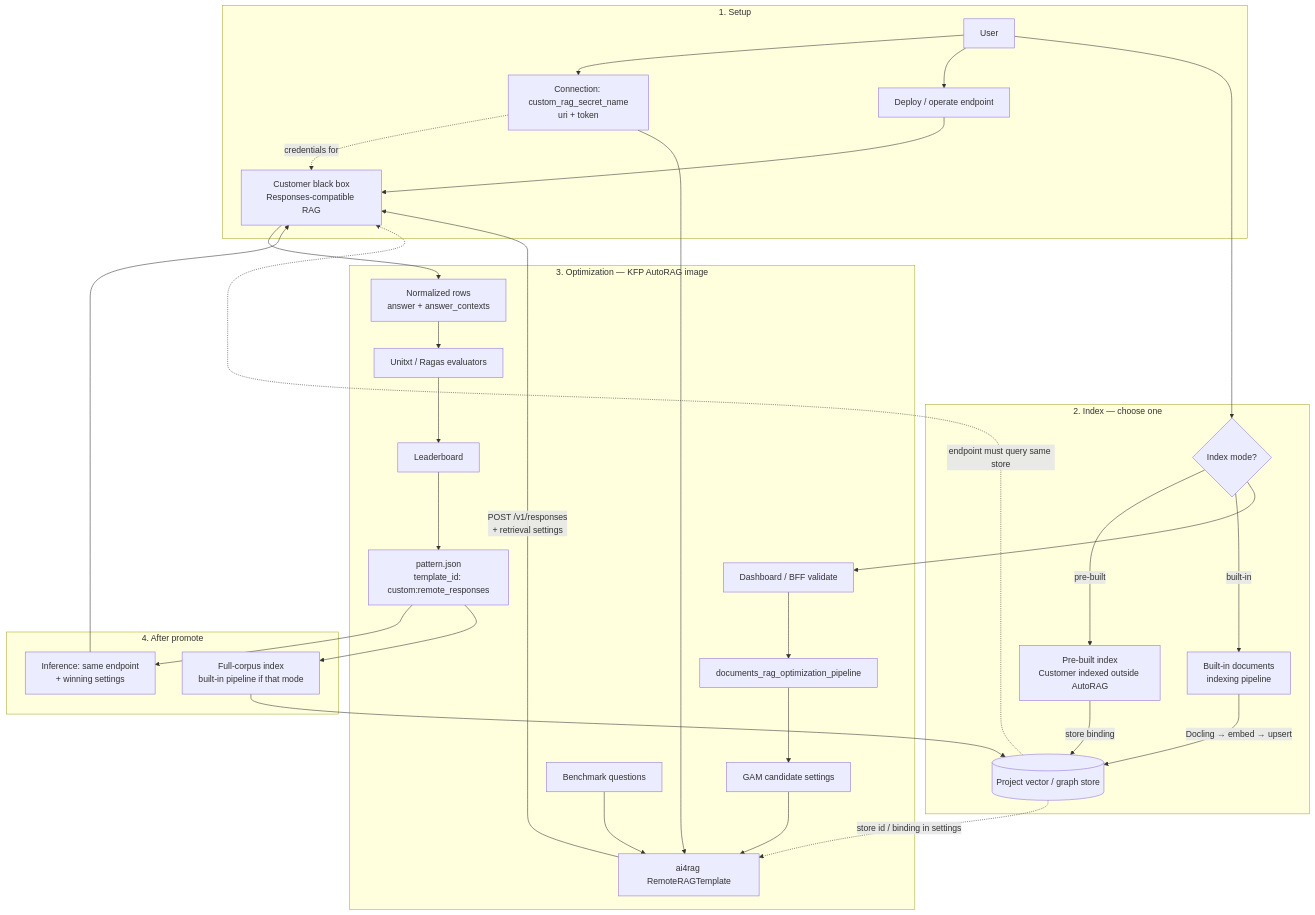
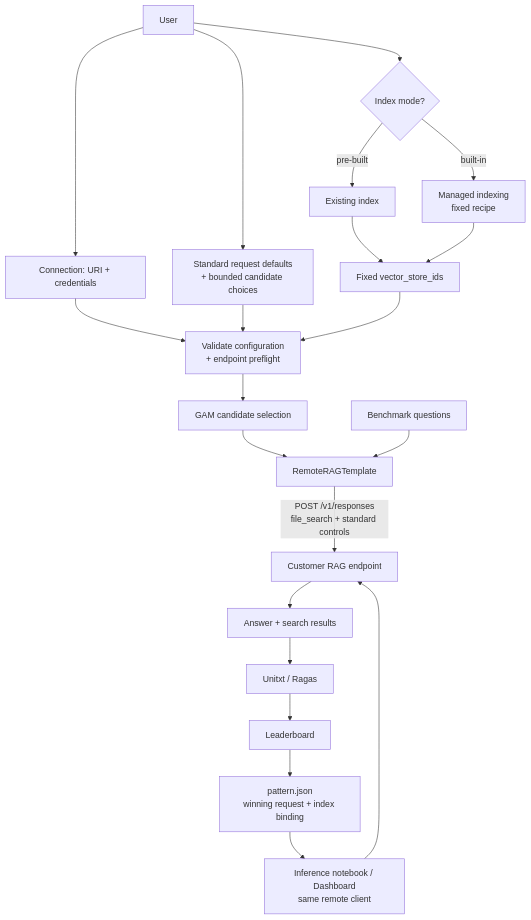
The diagram in architecture-decision-records/autorag/ODH-ADR-0007-custom-rag-templates.md (LukaszCmielowski/architecture-decision-records), drawn with Mermaid before and after one commit. The commit also changed other lines of this file, not shown here.

````diff
--- a/architecture-decision-records/autorag/ODH-ADR-0007-custom-rag-templates.md
+++ b/architecture-decision-records/autorag/ODH-ADR-0007-custom-rag-templates.md
@@ -113,61 +244,23 @@
 ```mermaid
 flowchart TB
-  subgraph setup ["1. Setup"]
-    User[User]
-    Conn["Connection: custom_rag_secret_name\nuri + token"]
-    EP["Customer black box\nResponses-compatible RAG"]
-    User --> Conn
-    Conn -.->|credentials for| EP
-    User --> Deploy[Deploy / operate endpoint]
-    Deploy --> EP
-  end
-
-  subgraph indexPick ["2. Index — choose one"]
-    Mode{Index mode?}
-    PreBuilt["Pre-built index\nCustomer indexed outside AutoRAG"]
-    BuiltIn["Built-in documents\nindexing pipeline"]
-    Store[(Project vector / graph store)]
-    Mode -->|pre-built| PreBuilt
-    Mode -->|built-in| BuiltIn
-    PreBuilt -->|store binding| Store
-    BuiltIn -->|Docling → embed → upsert| Store
-    Store -.->|endpoint must query same store| EP
-  end
-
-  User --> Mode
-
-  subgraph opt ["3. Optimization — KFP AutoRAG image"]
-    BFF[Dashboard / BFF validate]
-    Pipe[documents_rag_optimization_pipeline]
-    RT[ai4rag RemoteRAGTemplate]
-    GAM[GAM candidate settings]
-    Bench[Benchmark questions]
-    Norm["Normalized rows\nanswer + answer_contexts"]
-    Eval[Unitxt / Ragas evaluators]
-    LB[Leaderboard]
-    Pattern["pattern.json\ntemplate_id: custom:remote_responses"]
-
-    BFF --> Pipe
-    Pipe --> GAM
-    GAM --> RT
-    Bench --> RT
-    RT -->|"POST /v1/responses\n+ retrieval settings"| EP
-    EP --> Norm
-    Norm --> Eval
-    Eval --> LB
-    LB --> Pattern
-    Conn --> RT
-    Store -.->|store id / binding in settings| RT
-  end
-
-  Mode --> BFF
-
-  subgraph after ["4. After promote"]
-    Inf["Inference: same endpoint\n+ winning settings"]
-    FullIdx["Full-corpus index\nbuilt-in pipeline if that mode"]
-    Pattern --> Inf
-    Pattern --> FullIdx
-    Inf --> EP
-    FullIdx --> Store
-  end
+  User[User] --> Conn["Connection: URI + credentials"]
+  User --> Config["Standard request defaults\n+ bounded candidate choices"]
+  User --> Mode{Index mode?}
+  Mode -->|pre-built| Existing[Existing index]
+  Mode -->|built-in| Indexing["Managed indexing\nfixed recipe"]
+  Existing --> Binding["Fixed vector_store_ids"]
+  Indexing --> Binding
+  Conn --> Validate["Validate configuration\n+ endpoint preflight"]
+  Config --> Validate
+  Binding --> Validate
+  Validate --> GAM[GAM candidate selection]
+  GAM --> Remote[RemoteRAGTemplate]
+  Bench[Benchmark questions] --> Remote
+  Remote -->|"POST /v1/responses\nfile_search + standard controls"| Endpoint[Customer RAG endpoint]
+  Endpoint --> Rows["Answer + search results"]
+  Rows --> Eval[Unitxt / Ragas]
+  Eval --> Leaderboard[Leaderboard]
+  Leaderboard --> Pattern["pattern.json\nwinning request + index binding"]
+  Pattern --> Inference["Inference notebook / Dashboard\nsame remote client"]
+  Inference --> Endpoint
 ```
````
